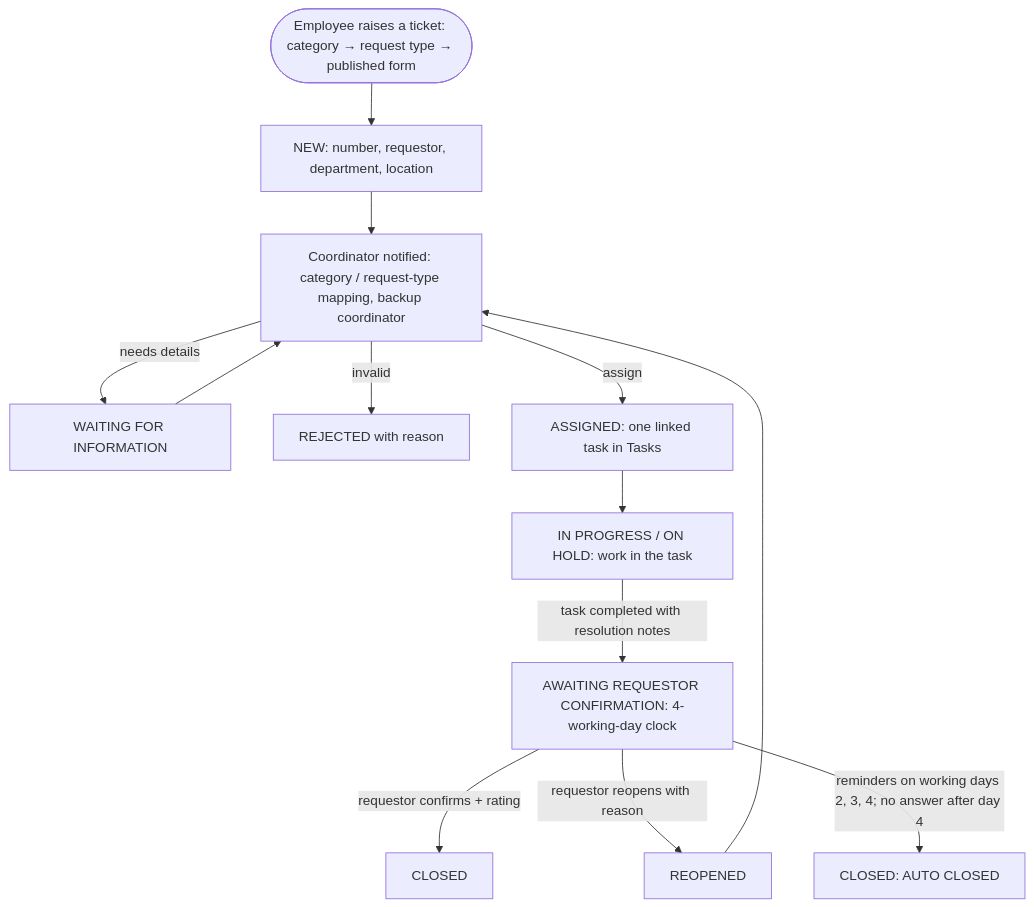
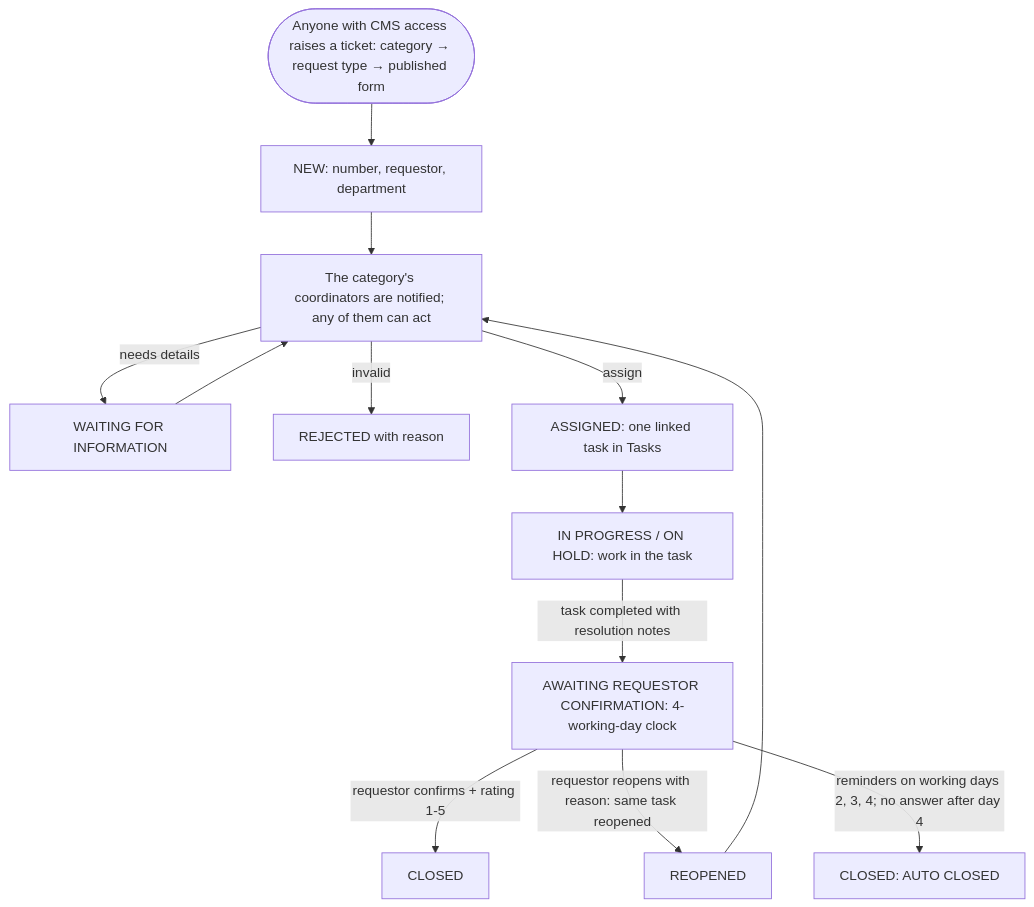
Before and after one commit to HarishDevs/ARS-Central-Management-System: the third of 41 diagrams in FLOWS.md, drawn with Mermaid. The commit also changed 3 other files, not shown here.

````diff
--- a/FLOWS.md
+++ b/FLOWS.md
@@ -158,13 +158,13 @@
 ```mermaid
 flowchart TD
-  R([Employee raises a ticket: category → request type → published form]) --> N[NEW: number, requestor, department, location]
-  N --> C[Coordinator notified: category / request-type mapping, backup coordinator]
+  R([Anyone with CMS access raises a ticket: category → request type → published form]) --> N[NEW: number, requestor, department]
+  N --> C[The category's coordinators are notified; any of them can act]
   C -->|needs details| W[WAITING FOR INFORMATION] --> C
   C -->|invalid| X[REJECTED with reason]
   C -->|assign| A[ASSIGNED: one linked task in Tasks]
   A --> P[IN PROGRESS / ON HOLD: work in the task]
   P -->|task completed with resolution notes| AC[AWAITING REQUESTOR CONFIRMATION: 4-working-day clock]
-  AC -->|requestor confirms + rating| CL[CLOSED]
-  AC -->|requestor reopens with reason| RO[REOPENED] --> C
+  AC -->|requestor confirms + rating 1-5| CL[CLOSED]
+  AC -->|requestor reopens with reason: same task reopened| RO[REOPENED] --> C
   AC -->|reminders on working days 2, 3, 4; no answer after day 4| AUTO[CLOSED: AUTO CLOSED]
 ```
````
